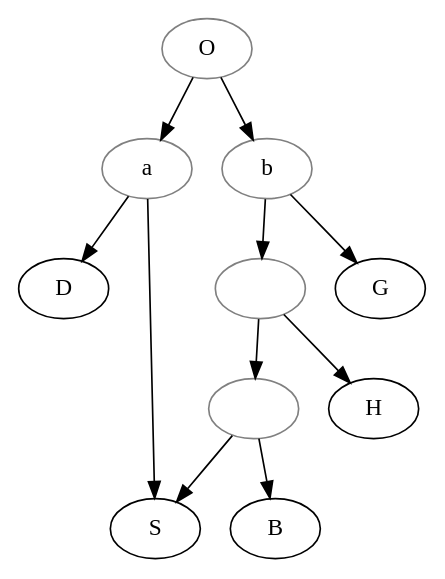
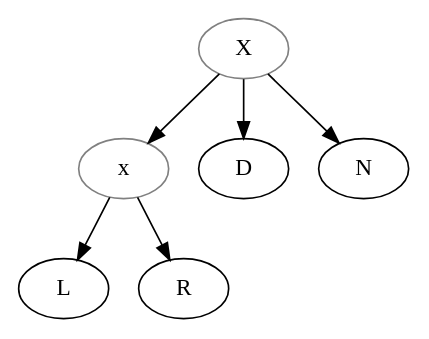
The diagram in data/fro/Masami_2003_NA/stemma.gv (OpenStemmata/database), drawn with Graphviz before and after one commit. The commit also changed 65 other files, not shown here.

```diff
--- a/data/fro/Masami_2003_NA/stemma.gv
+++ b/data/fro/Masami_2003_NA/stemma.gv
@@ -1,17 +1,9 @@
 digraph {
-1[label="", color="grey"];
-2[label="", color="grey"];
-a[color="grey"];
-b[color="grey"];
-O[color="grey"];
-O->a;
-a->D;
-a->S;
-O->b;
-b->1;
-1->2;
-2->B;
-2->S;
-1->H;
-b->G;
+x[color="grey"];
+X[color="grey"];
+X->D;
+X->N;
+X->x;
+x->L;
+x->R;
 }
```
